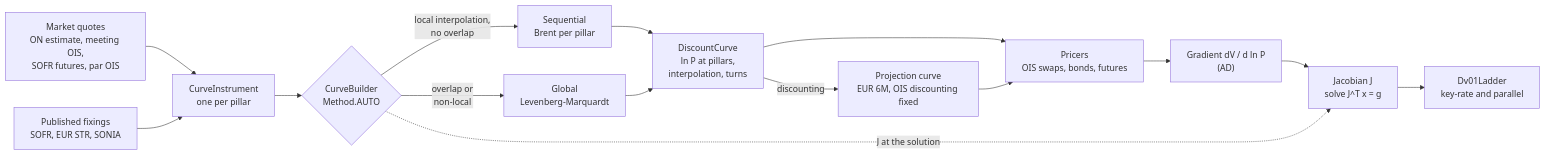
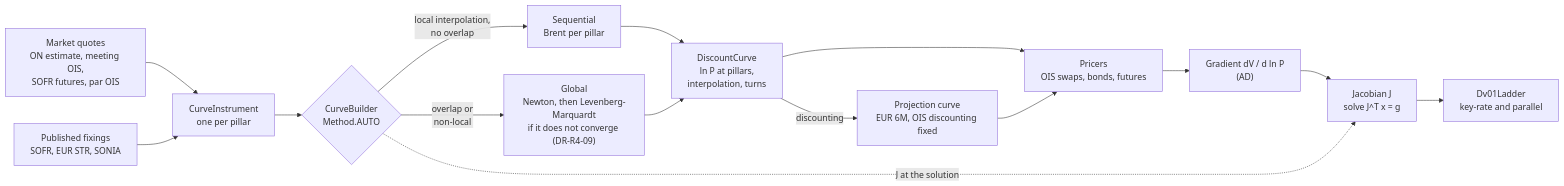
The diagram in docs/diagrams/curve_build.mmd (AshJha0/rates-algo-trading), drawn with Mermaid before and after one commit. The commit also changed 32 other files, not shown here.

Commit message:
docs: audit against the code at HEAD; README entry, order lifecycle, v2 process, pricing path and six diagrams

```diff
--- a/docs/diagrams/curve_build.mmd
+++ b/docs/diagrams/curve_build.mmd
@@ -1,28 +1,28 @@
 flowchart LR
   quotes["Market quotes<br/>ON estimate, meeting OIS,<br/>SOFR futures, par OIS"]
   fixings["Published fixings<br/>SOFR, EUR STR, SONIA"]
   inst["CurveInstrument<br/>one per pillar"]
   builder{"CurveBuilder<br/>Method.AUTO"}
   seq["Sequential<br/>Brent per pillar"]
-  glob["Global<br/>Levenberg-Marquardt"]
+  glob["Global<br/>Newton, then Levenberg-Marquardt<br/>if it does not converge (DR-R4-09)"]
   curve["DiscountCurve<br/>ln P at pillars,<br/>interpolation, turns"]
   proj["Projection curve<br/>EUR 6M, OIS discounting fixed"]
   pricers["Pricers<br/>OIS swaps, bonds, futures"]
   grad["Gradient dV / d ln P<br/>(AD)"]
   jac["Jacobian J<br/>solve J^T x = g"]
   ladder["Dv01Ladder<br/>key-rate and parallel"]
 
   quotes --> inst
   fixings --> inst
   inst --> builder
   builder -- "local interpolation,<br/>no overlap" --> seq
   builder -- "overlap or<br/>non-local" --> glob
   seq --> curve
   glob --> curve
   curve -- "discounting" --> proj
   curve --> pricers
   proj --> pricers
   pricers --> grad
   grad --> jac
   builder -. "J at the solution" .-> jac
   jac --> ladder
```
